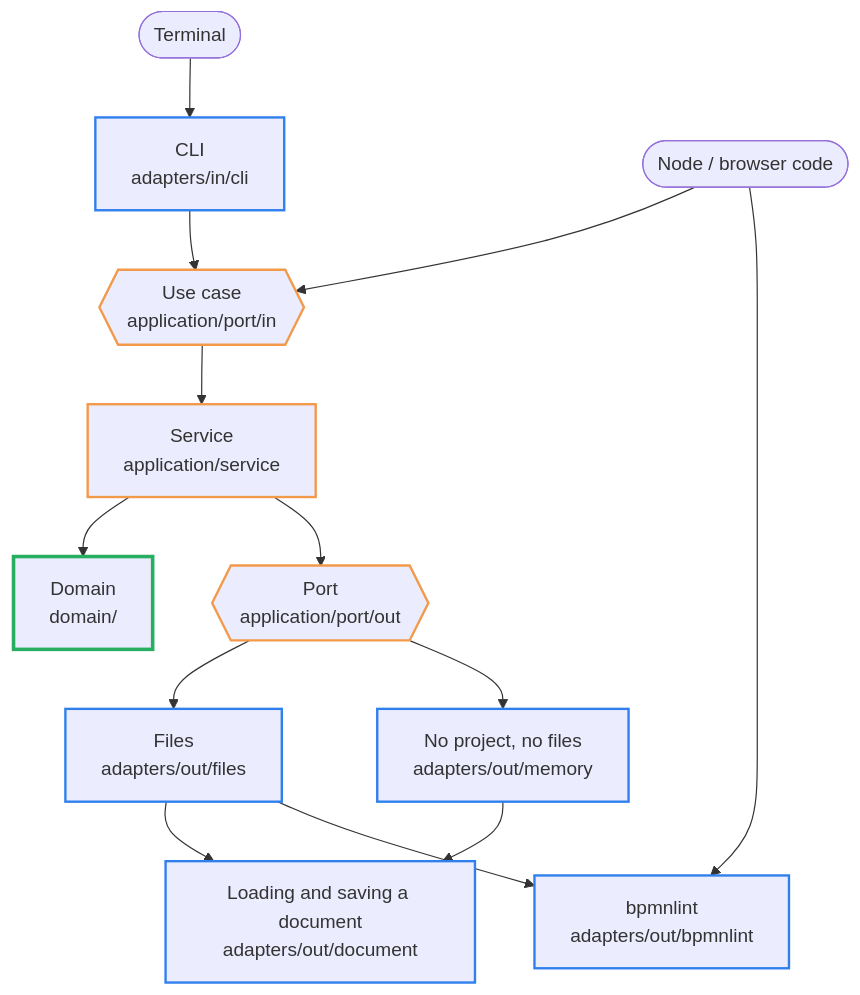
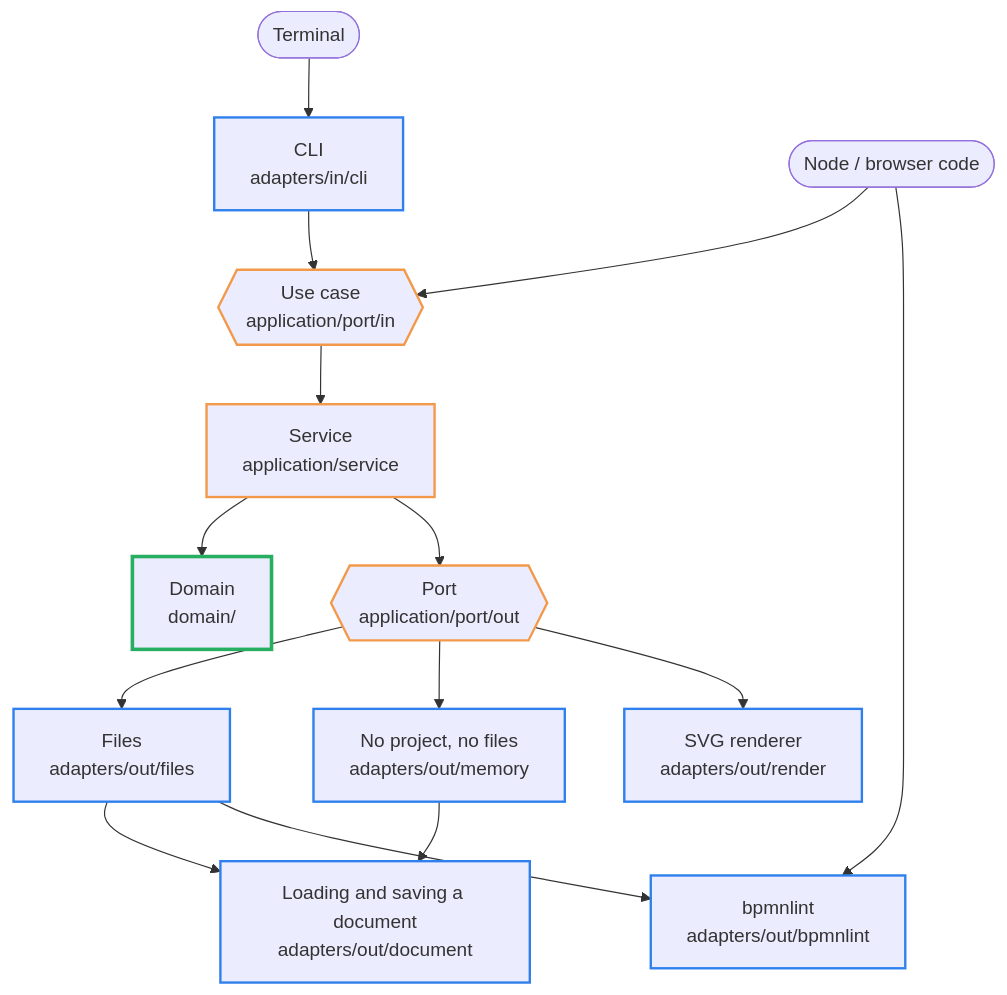
The first of 3 diagrams in docs/architecture.md (Miragon/bpmn-cli), drawn with Mermaid before and after one commit. The commit also changed other lines of this file and 38 other files, not shown here.

First line of the commit message:
refactor: move the SVG renderer out of the domain into a driven adapter (#117)

````diff
--- a/docs/architecture.md
+++ b/docs/architecture.md
@@ -18,23 +18,24 @@
 ```mermaid
 flowchart TB
   terminal(["Terminal"]) --> cli
   lib(["Node / browser code"]) --> portIn
 
   cli["CLI<br/>adapters/in/cli"] --> portIn
   portIn{{"Use case<br/>application/port/in"}} --> service["Service<br/>application/service"]
   service --> domain["Domain<br/>domain/"]
   service --> portOut{{"Port<br/>application/port/out"}}
   portOut --> files["Files<br/>adapters/out/files"]
   portOut --> memory["No project, no files<br/>adapters/out/memory"]
+  portOut --> render["SVG renderer<br/>adapters/out/render"]
   files --> store["Loading and saving a document<br/>adapters/out/document"]
   memory --> store
   files --> bpmnlint["bpmnlint<br/>adapters/out/bpmnlint"]
   lib --> bpmnlint
 
   classDef adapter stroke:#2f80ed,stroke-width:2px
   classDef app stroke:#f2994a,stroke-width:2px
   classDef core stroke:#27ae60,stroke-width:3px
-  class cli,files,memory,store,bpmnlint adapter
+  class cli,files,memory,store,bpmnlint,render adapter
   class portIn,service,portOut app
   class domain core
 ```
````
